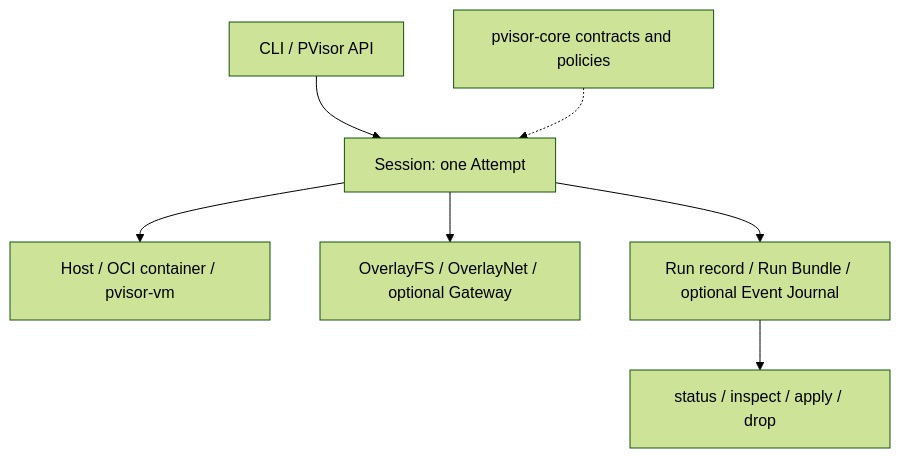
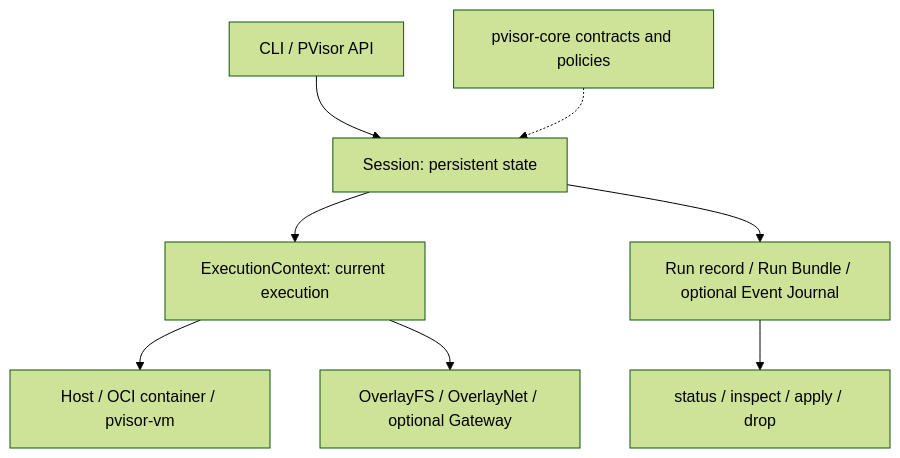
The diagram in crates/pvisor/README.md (DeepLink-org/pvisor), drawn with Mermaid (forest theme) before and after one commit. The commit also changed other lines of this file and 549 other files, not shown here.

````diff
--- a/crates/pvisor/README.md
+++ b/crates/pvisor/README.md
@@ -57,9 +65,10 @@
 ```mermaid
 flowchart TD
-    Entry[CLI / PVisor API] --> Session[Session: one Attempt]
+    Entry[CLI / PVisor API] --> Session[Session: persistent state]
     Core[pvisor-core contracts and policies] -.-> Session
-    Session --> Executor[Host / OCI container / pvisor-vm]
-    Session --> Drivers[OverlayFS / OverlayNet / optional Gateway]
+    Session --> Context[ExecutionContext: current execution]
+    Context --> Executor[Host / OCI container / pvisor-vm]
+    Context --> Drivers[OverlayFS / OverlayNet / optional Gateway]
     Session --> Records[Run record / Run Bundle / optional Event Journal]
     Records --> Review[status / inspect / apply / drop]
 ```
````
